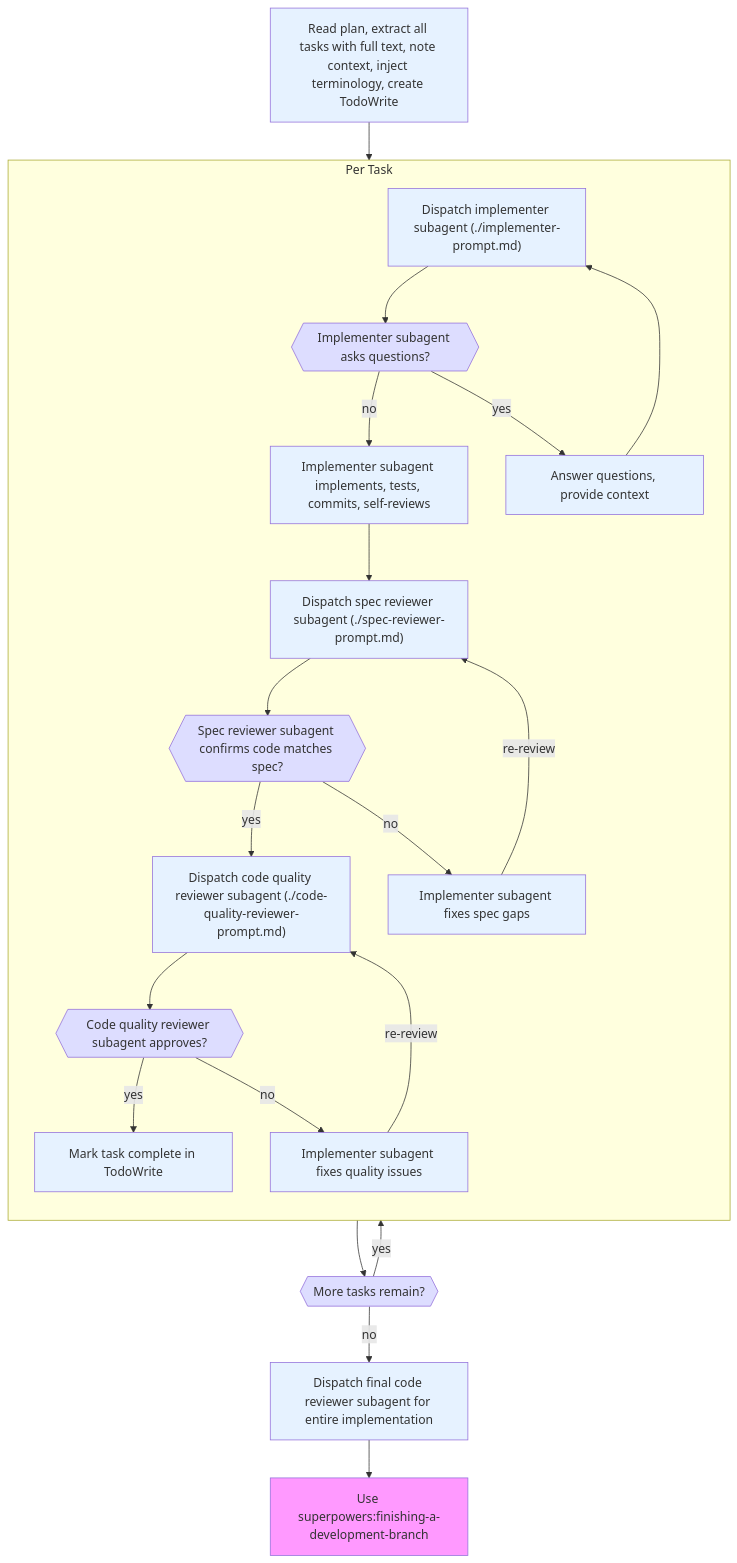
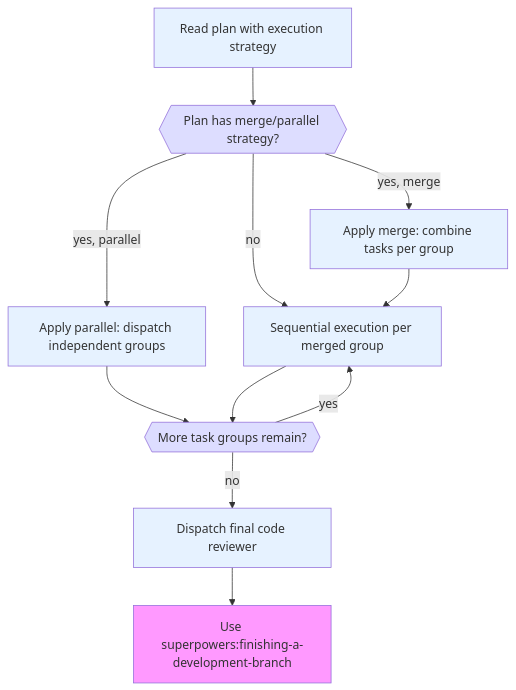
The second of 2 diagrams in skills/subagent-driven-development/SKILL.md (Ts-sound/superpowers), drawn with Mermaid before and after one commit. The commit also changed other lines of this file and 1 other file, not shown here.

Commit message:
feat: add task dependency analysis in writing-plans, automate execution in subagent-driven-development

````diff
--- a/skills/subagent-driven-development/SKILL.md
+++ b/skills/subagent-driven-development/SKILL.md
@@ -39,51 +39,31 @@
 ```mermaid
 graph TD
-    Start["Read plan, extract all tasks with full text, note context, inject terminology, create TodoWrite"];
-    MoreTasks{{"More tasks remain?"}};
-    FinalReview["Dispatch final code reviewer subagent for entire implementation"];
+    Start["Read plan with execution strategy"];
+    CheckStrategy{{"Plan has merge/parallel strategy?"}};
+    ApplyMerge["Apply merge: combine tasks per group"];
+    ApplyParallel["Apply parallel: dispatch independent groups"];
+    Sequential["Sequential execution per merged group"];
+    MoreTasks{{"More task groups remain?"}};
+    FinalReview["Dispatch final code reviewer"];
     Superpower["Use superpowers:finishing-a-development-branch"]:::greenNode;
 
-    subgraph PerTask ["Per Task"]
-        direction TB
-        DispatchImpl["Dispatch implementer subagent (./implementer-prompt.md)"];
-        ImplAsk{{"Implementer subagent asks questions?"}};
-        AnswerQ["Answer questions, provide context"];
-        ImplDo["Implementer subagent implements, tests, commits, self-reviews"];
-        DispatchSpec["Dispatch spec reviewer subagent (./spec-reviewer-prompt.md)"];
-        SpecCheck{{"Spec reviewer subagent confirms code matches spec?"}};
-        FixSpec["Implementer subagent fixes spec gaps"];
-        DispatchCode["Dispatch code quality reviewer subagent (./code-quality-reviewer-prompt.md)"];
-        CodeCheck{{"Code quality reviewer subagent approves?"}};
-        FixQuality["Implementer subagent fixes quality issues"];
-        MarkComplete["Mark task complete in TodoWrite"];
-    end
-
-    Start --> DispatchImpl;
-    DispatchImpl --> ImplAsk;
-    ImplAsk -->|no| ImplDo;
-    ImplAsk -->|yes| AnswerQ;
-    AnswerQ --> DispatchImpl;
-    ImplDo --> DispatchSpec;
-    DispatchSpec --> SpecCheck;
-    SpecCheck -->|yes| DispatchCode;
-    SpecCheck -->|no| FixSpec;
-    FixSpec -->|re-review| DispatchSpec;
-    DispatchCode --> CodeCheck;
-    CodeCheck -->|yes| MarkComplete;
-    CodeCheck -->|no| FixQuality;
-    FixQuality -->|re-review| DispatchCode;
-    MarkComplete --> MoreTasks;
-    MoreTasks -->|yes| DispatchImpl;
+    Start --> CheckStrategy;
+    CheckStrategy -->|yes, merge| ApplyMerge;
+    CheckStrategy -->|yes, parallel| ApplyParallel;
+    CheckStrategy -->|no| Sequential;
+    ApplyMerge --> Sequential;
+    ApplyParallel --> MoreTasks;
+    Sequential --> MoreTasks;
+    MoreTasks -->|yes| Sequential;
     MoreTasks -->|no| FinalReview;
     FinalReview --> Superpower;
 
-    classDef endnode fill:#f9f; 
-    classDef decision fill:#ddf;  
-    classDef process fill:#e6f2ff;   
-    classDef warningNode fill:red;
+    classDef endnode fill:#f9f;
+    classDef decision fill:#ddf;
+    classDef process fill:#e6f2ff;
     classDef greenNode fill:lightgreen;
 
-    class ImplAsk,SpecCheck,CodeCheck,MoreTasks decision;
-    class Start,DispatchImpl,AnswerQ,ImplDo,DispatchSpec,FixSpec,DispatchCode,FixQuality,MarkComplete,FinalReview process;
+    class CheckStrategy,MoreTasks decision;
+    class Start,ApplyMerge,ApplyParallel,Sequential,FinalReview process;
     class Superpower endnode;
 ```
````
